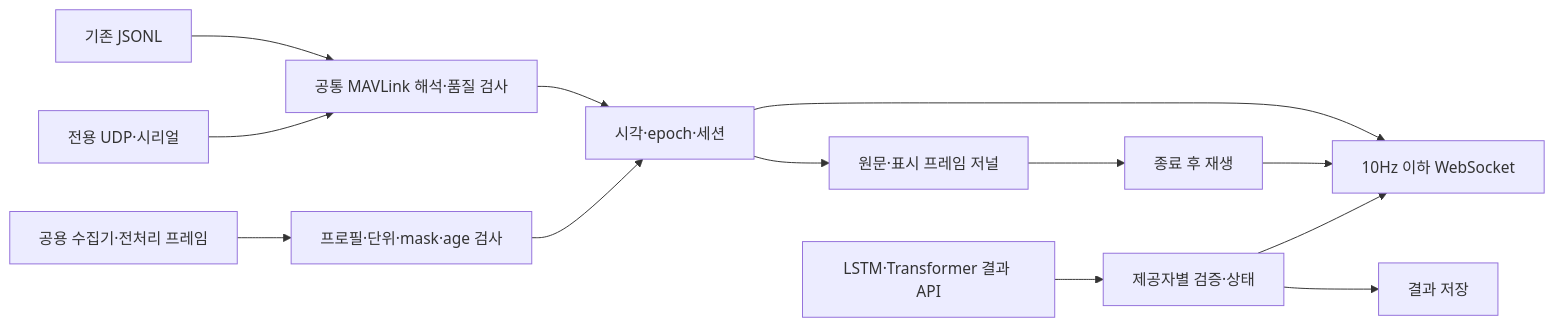
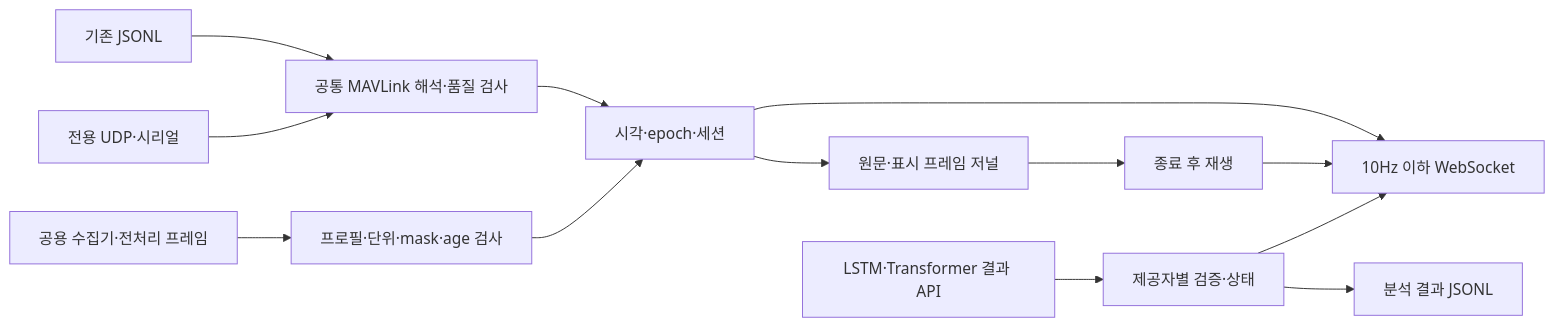
One commit to capstone1-irion/ui changed the diagram in docs/v2-contracts.md. Above: the diagram before and after it, drawn with Mermaid. The commit also changed other lines of this file and 28 other files, not shown here.

````diff
--- a/docs/v2-contracts.md
+++ b/docs/v2-contracts.md
@@ -7,15 +9,15 @@
 ```mermaid
 flowchart LR
   Log[기존 JSONL] --> Core[공통 MAVLink 해석·품질 검사]
   UDP[전용 UDP·시리얼] --> Core
   Collector[공용 수집기·전처리 프레임] --> Validate[프로필·단위·mask·age 검사]
   Core --> Session[시각·epoch·세션]
   Validate --> Session
   Session --> Journal[원문·표시 프레임 저널]
   Session --> UI[10Hz 이하 WebSocket]
   Journal --> Replay[종료 후 재생]
   Replay --> UI
   Models[LSTM·Transformer 결과 API] --> Registry[제공자별 검증·상태]
   Registry --> UI
-  Registry --> SQLite[결과 저장]
+  Registry --> Files[분석 결과 JSONL]
 ```
````
